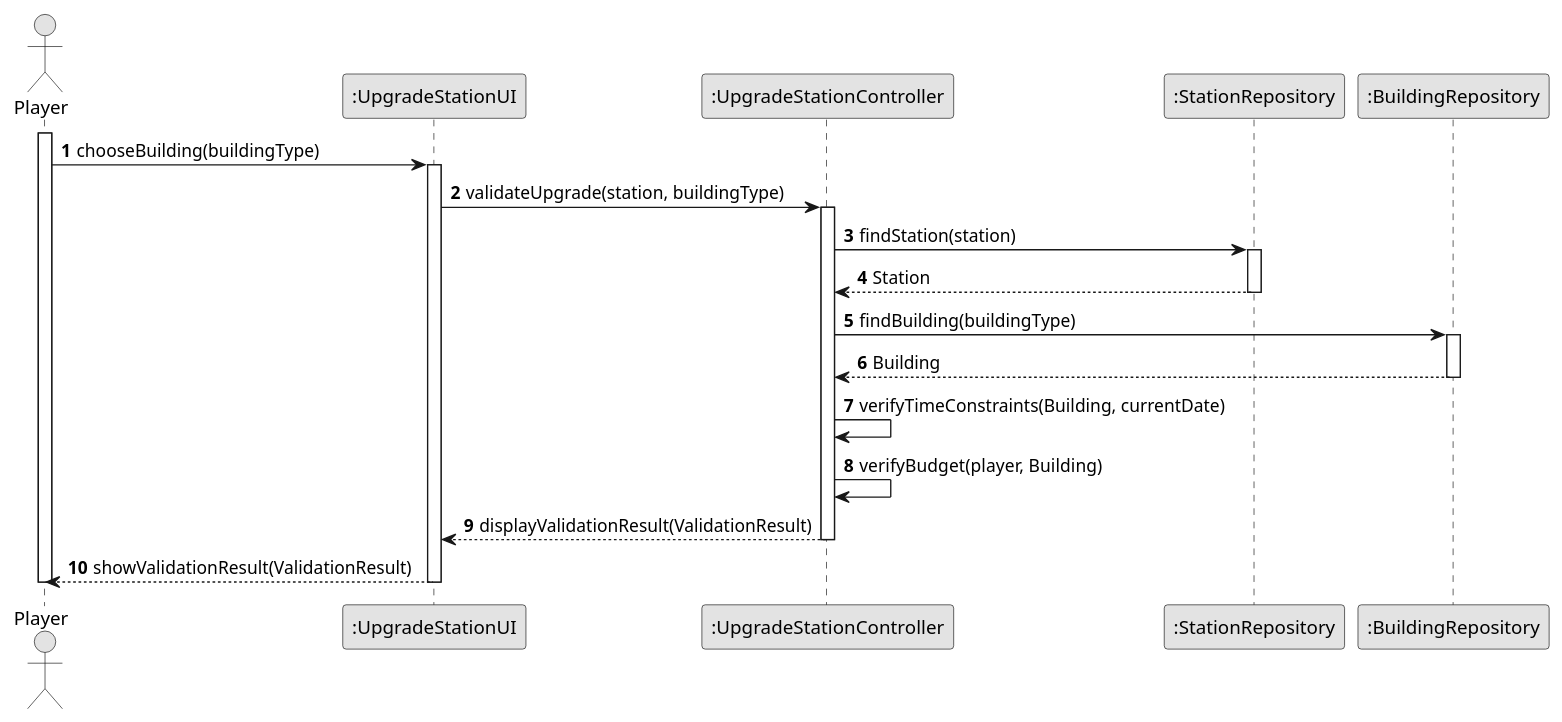
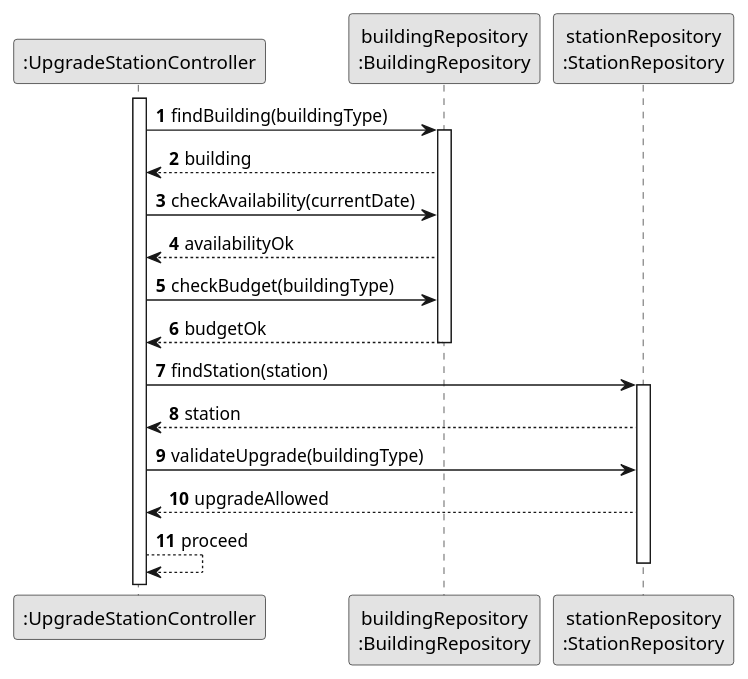
The diagram in docs/system-documentation/US006/03.design/puml/US006-SD-validateUpgrade.puml (goncalolopesp/sem2-pi-24.25-g093-repo), drawn with PlantUML before and after one commit. The commit also changed 11 other files, not shown here.

```diff
--- a/docs/system-documentation/US006/03.design/puml/US006-SD-validateUpgrade.puml
+++ b/docs/system-documentation/US006/03.design/puml/US006-SD-validateUpgrade.puml
@@ -1,38 +1,33 @@
 @startuml US006-SD-validateUpgrade
 skinparam monochrome true
 skinparam packageStyle rectangle
 skinparam shadowing false
 autonumber
 
-actor "Player" as Player
-participant ":UpgradeStationUI" as UpgradeUI
-participant ":UpgradeStationController" as Controller
-participant ":StationRepository" as StationRepo
-participant ":BuildingRepository" as BuildingRepo
+participant ":UpgradeStationController" as UpgradeStationController
+participant "buildingRepository\n:BuildingRepository" as buildingRepository
+participant "stationRepository\n:StationRepository" as stationRepository
 
-activate Player
-Player -> UpgradeUI: chooseBuilding(buildingType)
-activate UpgradeUI
+activate UpgradeStationController
 
-UpgradeUI -> Controller: validateUpgrade(station, buildingType)
-activate Controller
+UpgradeStationController -> buildingRepository : findBuilding(buildingType)
+activate buildingRepository
+buildingRepository --> UpgradeStationController : building
 
-Controller -> StationRepo: findStation(station)
-activate StationRepo
-StationRepo --> Controller: Station
-deactivate StationRepo
 
-Controller -> BuildingRepo: findBuilding(buildingType)
-activate BuildingRepo
-BuildingRepo --> Controller: Building
-deactivate BuildingRepo
+UpgradeStationController -> buildingRepository : checkAvailability(currentDate)
+buildingRepository --> UpgradeStationController : availabilityOk
 
-Controller -> Controller: verifyTimeConstraints(Building, currentDate)
-Controller -> Controller: verifyBudget(player, Building)
+UpgradeStationController -> buildingRepository : checkBudget(buildingType)
+buildingRepository --> UpgradeStationController : budgetOk
+deactivate buildingRepository
+UpgradeStationController -> stationRepository : findStation(station)
+activate stationRepository
+stationRepository --> UpgradeStationController : station
 
-Controller --> UpgradeUI: displayValidationResult(ValidationResult)
-deactivate Controller
-UpgradeUI --> Player: showValidationResult(ValidationResult)
-deactivate UpgradeUI
-deactivate Player
+UpgradeStationController -> stationRepository : validateUpgrade(buildingType)
+stationRepository --> UpgradeStationController : upgradeAllowed
+UpgradeStationController --> UpgradeStationController: proceed
+deactivate stationRepository
+
 @enduml
```
